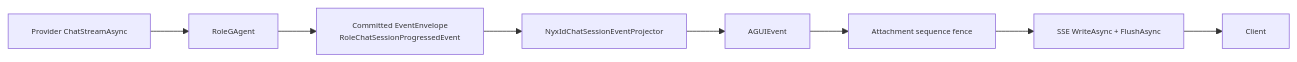
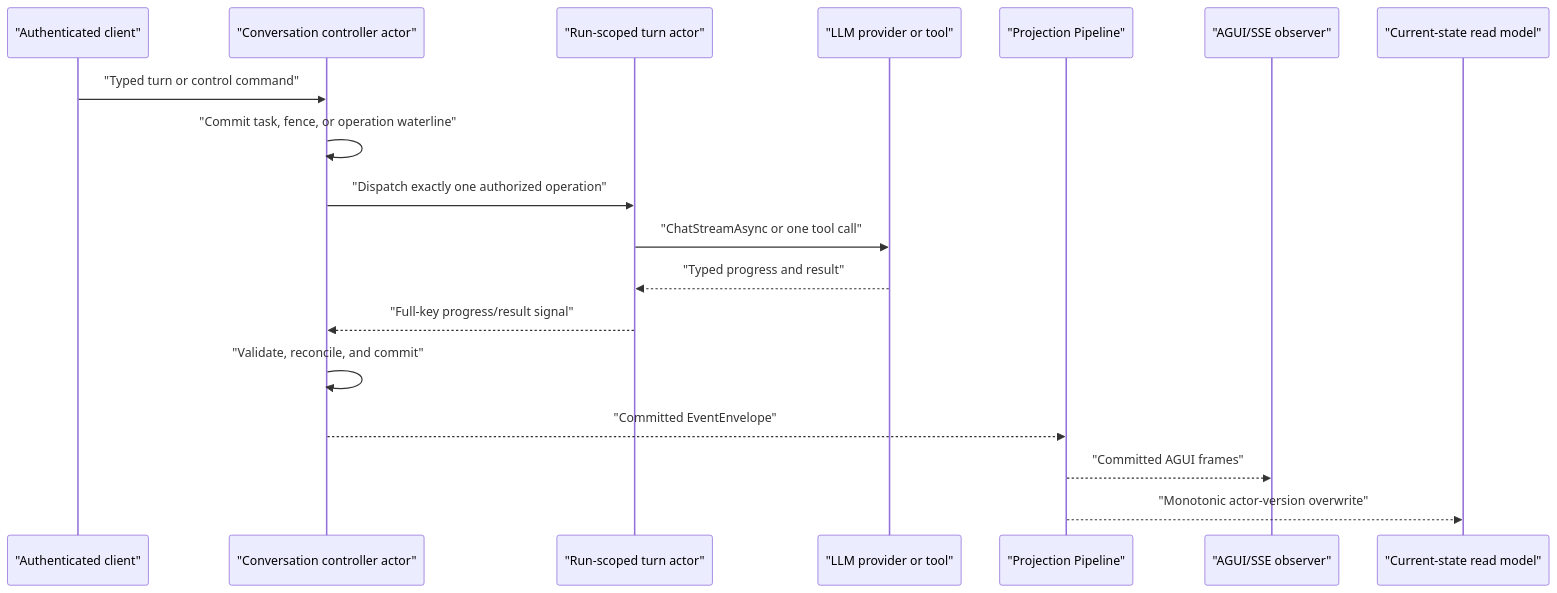
One commit to aevatarAI/aevatar changed the diagram in docs/canon/nyxid-chat-api.md. Above: the diagram before and after it, drawn with Mermaid. The commit also changed other lines of this file and 15 other files, not shown here.

Commit message:
Harden NyxIdChat recovery semantics

````diff
--- a/docs/canon/nyxid-chat-api.md
+++ b/docs/canon/nyxid-chat-api.md
@@ -52,11 +15,22 @@
 ```mermaid
 %%{init: {"maxTextSize": 100000, "flowchart": {"useMaxWidth": false, "nodeSpacing": 10, "rankSpacing": 50}, "themeVariables": {"fontSize": "10px"}}}%%
-flowchart LR
-    P["Provider ChatStreamAsync"] --> R["RoleGAgent"]
-    R --> C["Committed EventEnvelope\nRoleChatSessionProgressedEvent"]
-    C --> J["NyxIdChatSessionEventProjector"]
-    J --> A["AGUIEvent"]
-    A --> F["Attachment sequence fence"]
-    F --> S["SSE WriteAsync + FlushAsync"]
-    S --> U["Client"]
+sequenceDiagram
+    participant U as "Authenticated client"
+    participant C as "Conversation controller actor"
+    participant T as "Run-scoped turn actor"
+    participant P as "LLM provider or tool"
+    participant X as "Projection Pipeline"
+    participant L as "AGUI/SSE observer"
+    participant R as "Current-state read model"
+
+    U->>C: "Typed turn or control command"
+    C->>C: "Commit task, fence, or operation waterline"
+    C->>T: "Dispatch exactly one authorized operation"
+    T->>P: "ChatStreamAsync or one tool call"
+    P-->>T: "Typed progress and result"
+    T-->>C: "Full-key progress/result signal"
+    C->>C: "Validate, reconcile, and commit"
+    C-->>X: "Committed EventEnvelope"
+    X-->>L: "Committed AGUI frames"
+    X-->>R: "Monotonic actor-version overwrite"
 ```
````
